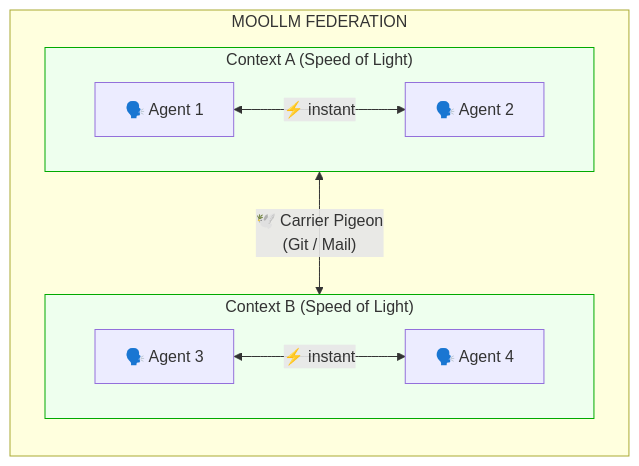
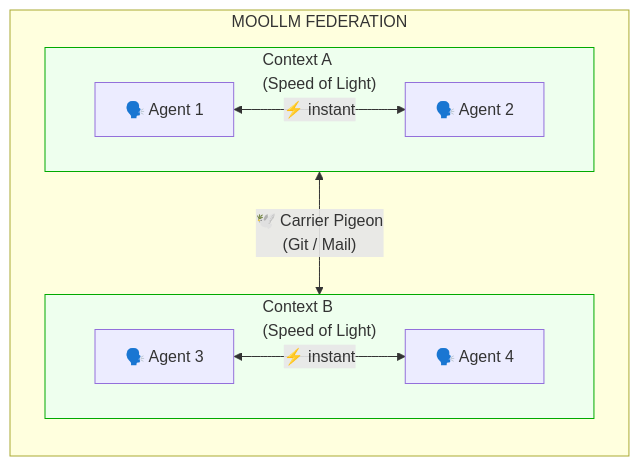
One commit to SimHacker/moollm changed the sixth of 7 diagrams in designs/SPEED-OF-LIGHT-VS-CARRIER-PIGEON.md. Above: the diagram before and after it, drawn with Mermaid. The commit also changed other lines of this file and 11 other files, not shown here.

````diff
--- a/designs/SPEED-OF-LIGHT-VS-CARRIER-PIGEON.md
+++ b/designs/SPEED-OF-LIGHT-VS-CARRIER-PIGEON.md
@@ -485,16 +486,16 @@
 ```mermaid
 flowchart TB
     subgraph Federation["MOOLLM FEDERATION"]
         direction TB
-        subgraph CellA["Context A (Speed of Light)"]
+        subgraph CellA["Context A<br/>(Speed of Light)"]
             A1["🗣️ Agent 1"] <-->|"⚡ instant"| A2["🗣️ Agent 2"]
         end
-        subgraph CellB["Context B (Speed of Light)"]
+        subgraph CellB["Context B<br/>(Speed of Light)"]
             B1["🗣️ Agent 3"] <-->|"⚡ instant"| B2["🗣️ Agent 4"]
         end
         CellA <-->|"🕊️ Carrier Pigeon<br/>(Git / Mail)"| CellB
     end
     
     style CellA fill:#efe,stroke:#0a0
     style CellB fill:#efe,stroke:#0a0
 ```
````
